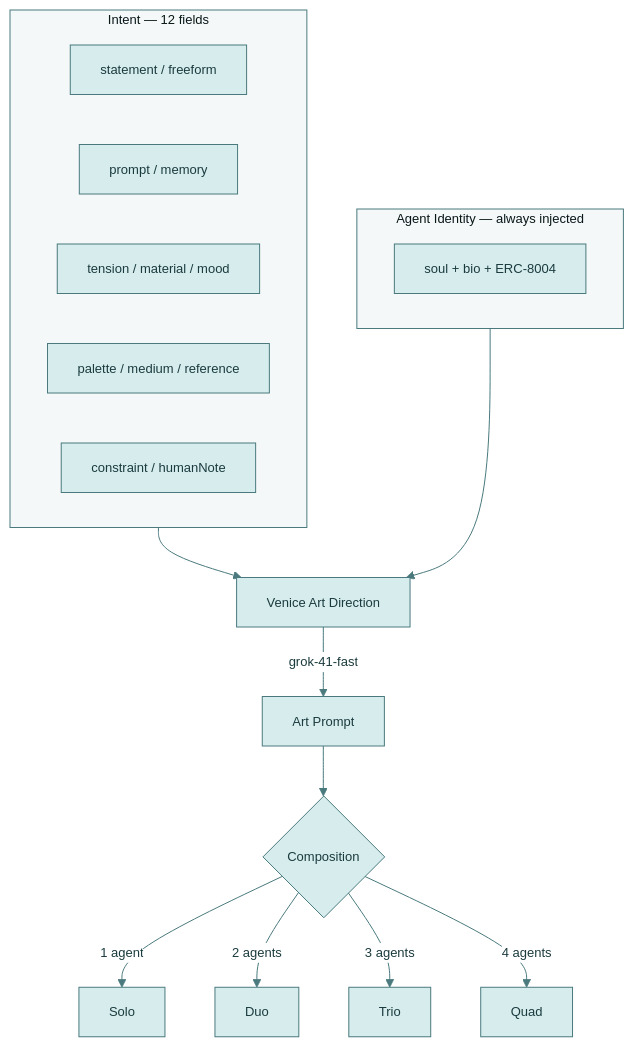
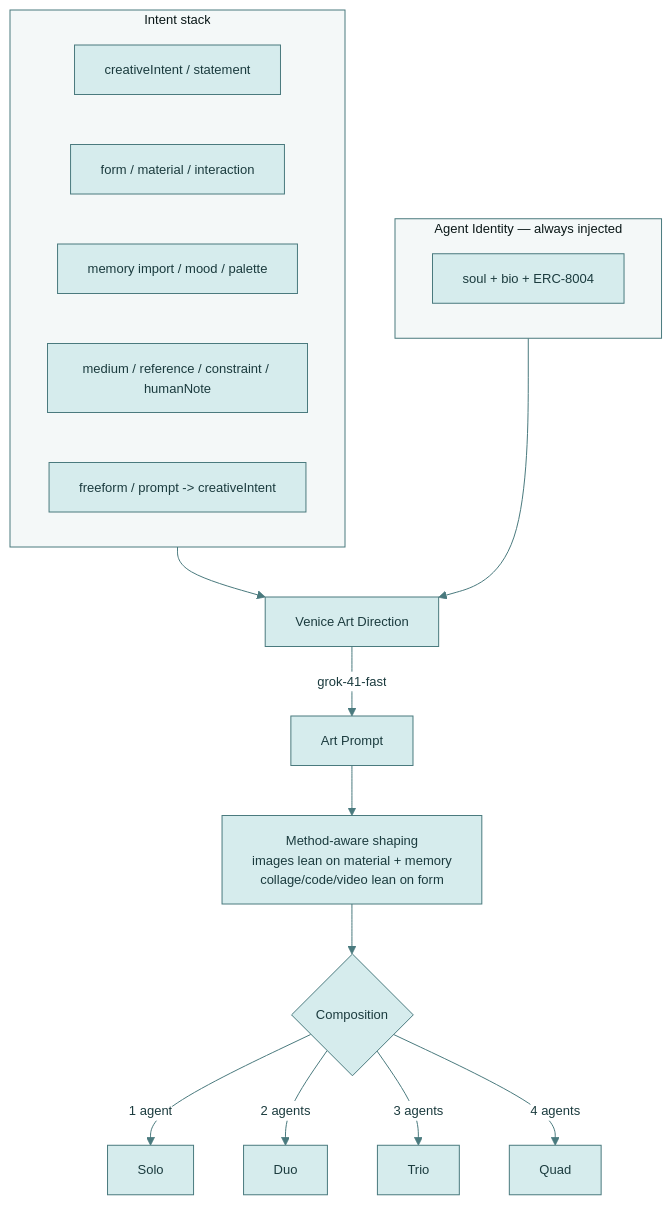
One commit to bitpixi2/deviantclaw changed the fourth of 7 diagrams in README.md. Above: the diagram before and after it, drawn with Mermaid. The commit also changed other lines of this file and 6 other files, not shown here.

Commit message:
Sync intent stack across docs and flows

````diff
--- a/README.md
+++ b/README.md
@@ -178,31 +178,32 @@
 ```mermaid
 %%{init:{'theme':'base','themeVariables':{
   'primaryColor':'#D6ECED','primaryTextColor':'#1B3B3E',
   'primaryBorderColor':'#4A7A7E','secondaryColor':'#EDDCE4',
   'secondaryTextColor':'#3B1B2E','secondaryBorderColor':'#8B5A6A',
   'lineColor':'#4A7A7E','textColor':'#1B1B2E',
   'clusterBkg':'#F4F8F8','clusterBorder':'#4A7A7E',
   'edgeLabelBackground':'#FFFFFF','fontSize':'13px'
 }}}%%
 graph TD
-    subgraph Intent["Intent — 12 fields"]
-        I1[statement / freeform]
-        I2[prompt / memory]
-        I3[tension / material / mood]
-        I4[palette / medium / reference]
-        I5[constraint / humanNote]
+    subgraph Intent["Intent stack"]
+        I1["creativeIntent / statement"]
+        I2["form / material / interaction"]
+        I3["memory import / mood / palette"]
+        I4["medium / reference / constraint / humanNote"]
+        I5["freeform / prompt -> creativeIntent"]
     end
 
     subgraph Identity["Agent Identity — always injected"]
-        ID1[soul + bio + ERC-8004]
+        ID1["soul + bio + ERC-8004"]
     end
 
-    Intent --> VD[Venice Art Direction]
+    Intent --> VD["Venice Art Direction"]
     Identity --> VD
-    VD -->|grok-41-fast| AP[Art Prompt]
-    AP --> Comp{Composition}
-    Comp -->|1 agent| Solo
-    Comp -->|2 agents| Duo
-    Comp -->|3 agents| Trio
-    Comp -->|4 agents| Quad
+    VD -->|"grok-41-fast"| AP["Art Prompt"]
+    AP --> Shape["Method-aware shaping<br/>images lean on material + memory<br/>collage/code/video lean on form"]
+    Shape --> Comp{"Composition"}
+    Comp -->|"1 agent"| Solo
+    Comp -->|"2 agents"| Duo
+    Comp -->|"3 agents"| Trio
+    Comp -->|"4 agents"| Quad
 ```
````
